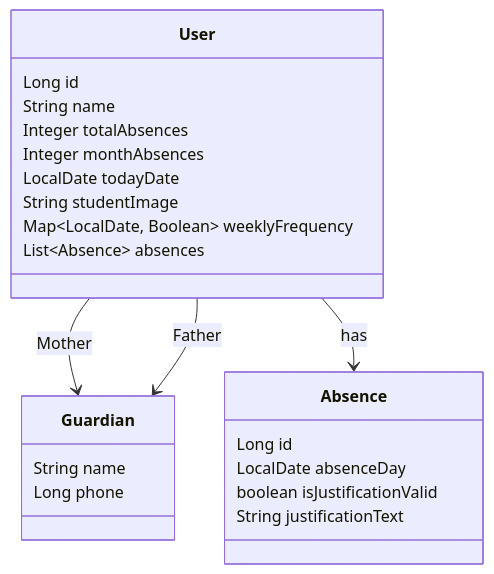
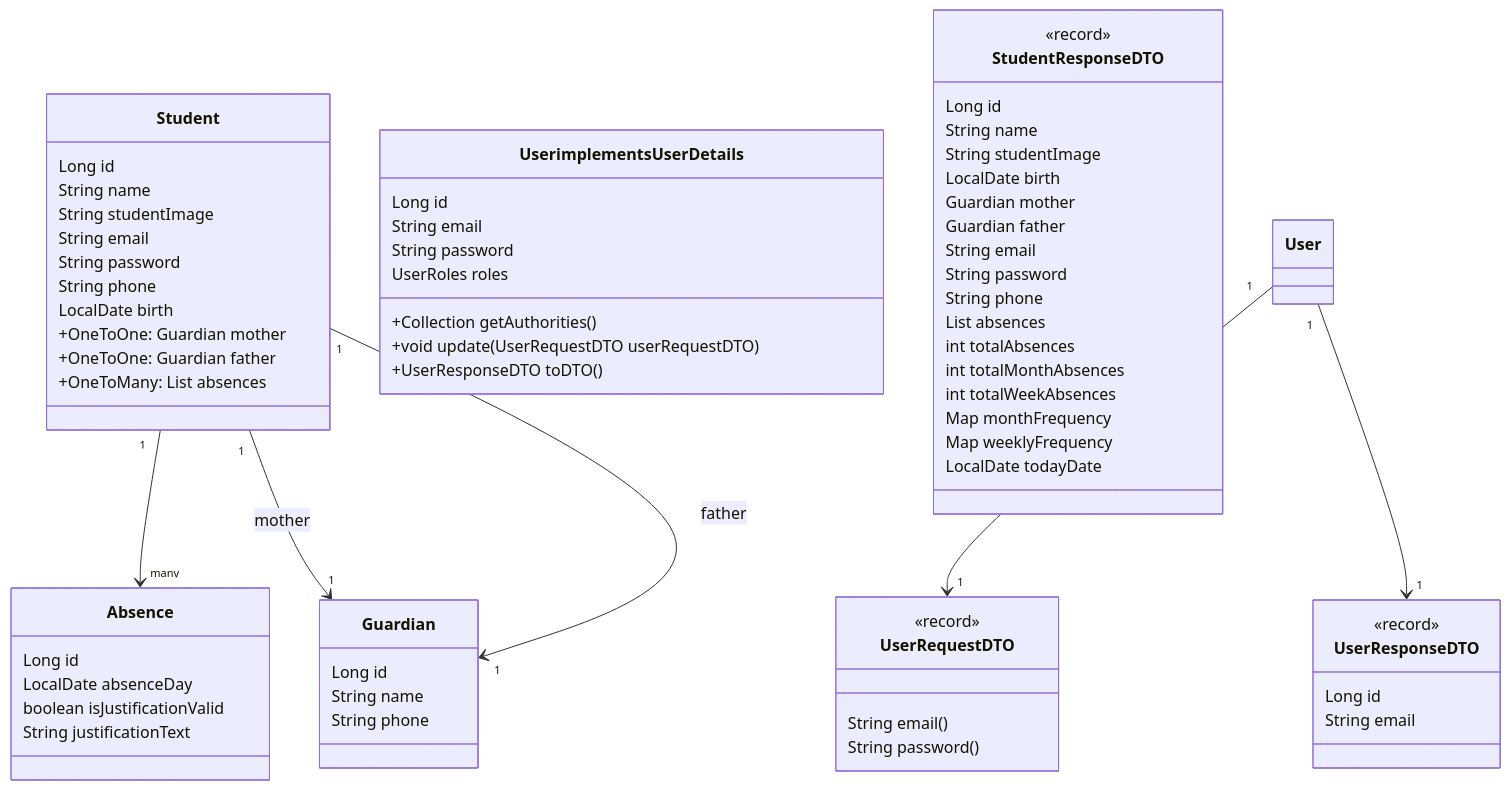
The diagram in README.md (andrefilipe1310/attendance-system), drawn with Mermaid before and after one commit.

````diff
--- a/README.md
+++ b/README.md
@@ -2,29 +2,77 @@
 ```mermaid
 classDiagram
-    class User {
+    class Student {
         Long id
         String name
-        Integer totalAbsences
-        Integer monthAbsences
-        LocalDate todayDate
         String studentImage
-        Map~LocalDate, Boolean~ weeklyFrequency
-        List~Absence~ absences
+        String email
+        String password
+        String phone
+        LocalDate birth
+        +OneToOne: Guardian mother
+        +OneToOne: Guardian father
+        +OneToMany: List<Absence> absences
     }
 
     class Absence {
         Long id
         LocalDate absenceDay
         boolean isJustificationValid
         String justificationText
     }
 
     class Guardian {
+        Long id
         String name
-        Long phone
+        String phone
     }
 
-    User --> Guardian : Mother
-    User --> Guardian : Father
-    User --> Absence : has
+    class User implements UserDetails {
+        Long id
+        String email
+        String password
+        UserRoles roles
+        +Collection getAuthorities()
+        +void update(UserRequestDTO userRequestDTO)
+        +UserResponseDTO toDTO()
+    }
+
+    class UserRequestDTO {
+        <<record>>
+        String email()
+        String password()
+    }
+
+    class UserResponseDTO {
+        <<record>>
+        Long id
+        String email
+    }
+
+    class StudentResponseDTO {
+        <<record>>
+        Long id
+        String name
+        String studentImage
+        LocalDate birth
+        Guardian mother
+        Guardian father
+        String email
+        String password
+        String phone
+        List<Absence> absences
+        int totalAbsences
+        int totalMonthAbsences
+        int totalWeekAbsences
+        Map<LocalDate,Boolean> monthFrequency
+        Map<LocalDate,Boolean> weeklyFrequency
+        LocalDate todayDate
+    }
+
+    Student "1" --> "many" Absence
+    Student "1" --> "1" Guardian : mother
+    Student "1" --> "1" Guardian : father
+    User "1" --> "1" UserRequestDTO
+    User "1" --> "1" UserResponseDTO
+
 ```
````
